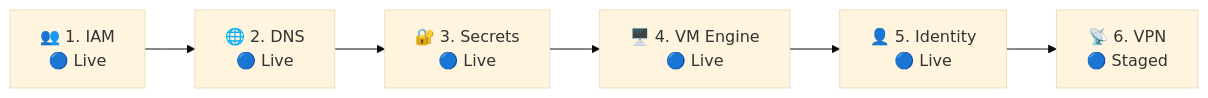
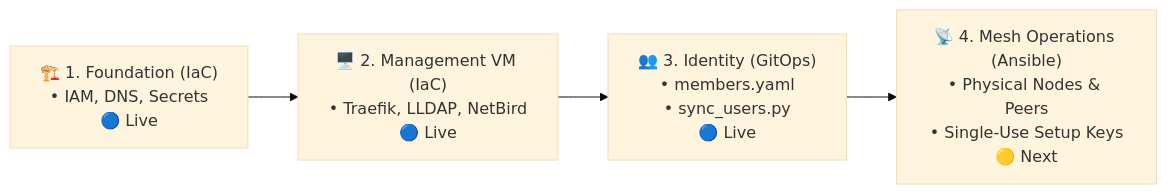
The diagram in mgmt/terraform/README.md (AIT-brainlab/brainlab-base), drawn with Mermaid (base theme) before and after one commit. The commit also changed other lines of this file and 60 other files, not shown here.

First line of the commit message:
feat(mgmt): streamline control plane architecture and implement identity gitops

````diff
--- a/mgmt/terraform/README.md
+++ b/mgmt/terraform/README.md
@@ -28,4 +28,6 @@
 ```mermaid
 flowchart LR
-    Seq1["👥 1. IAM<br/>🔵 Live"] --> Seq2["🌐 2. DNS<br/>🔵 Live"] --> Seq3["🔐 3. Secrets<br/>🔵 Live"] --> Seq4["🖥️ 4. VM Engine<br/>🔵 Live"] --> Seq5["👤 5. Identity<br/>🔵 Live"] --> Seq6["📡 6. VPN<br/>🔵 Staged"]
+    Seq1["🏗️ 1. Foundation (IaC)<br/>• IAM, DNS, Secrets<br/>🔵 Live"] --> Seq2["🖥️ 2. Management VM (IaC)<br/>• Traefik, LLDAP, NetBird<br/>🔵 Live"]
+    Seq2 --> Seq3["👥 3. Identity (GitOps)<br/>• members.yaml<br/>• sync_users.py<br/>🔵 Live"]
+    Seq3 --> Seq4["📡 4. Mesh Operations (Ansible)<br/>• Physical Nodes & Peers<br/>• Single-Use Setup Keys<br/>🟡 Next"]
 ```
````
